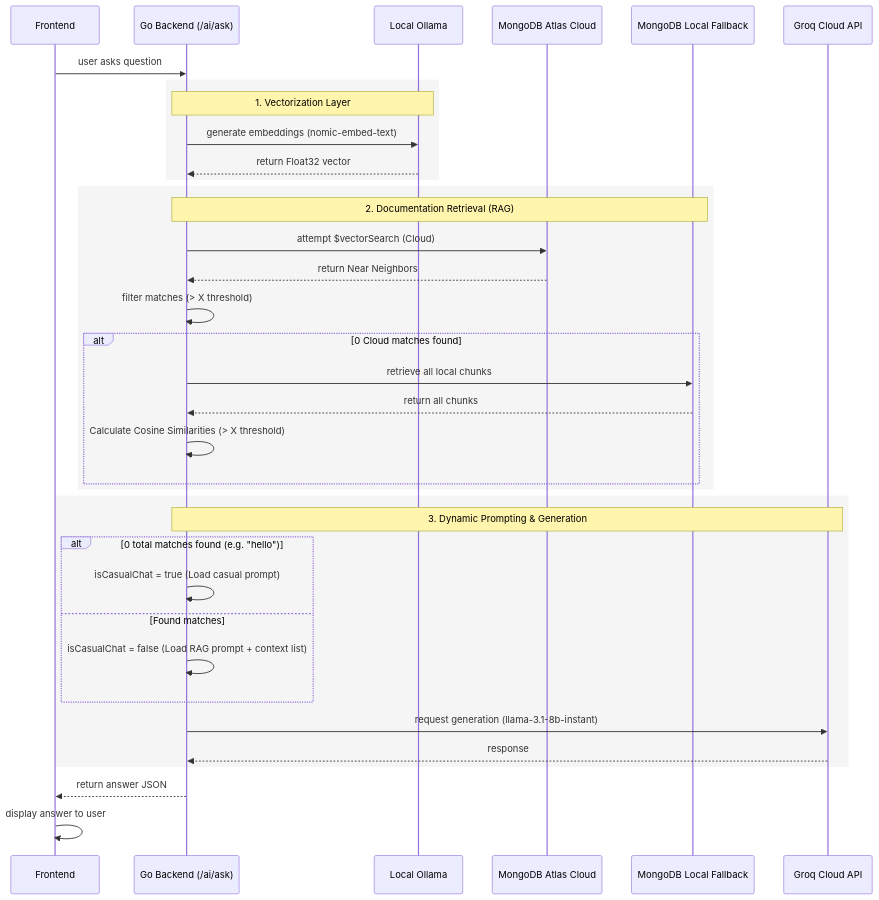
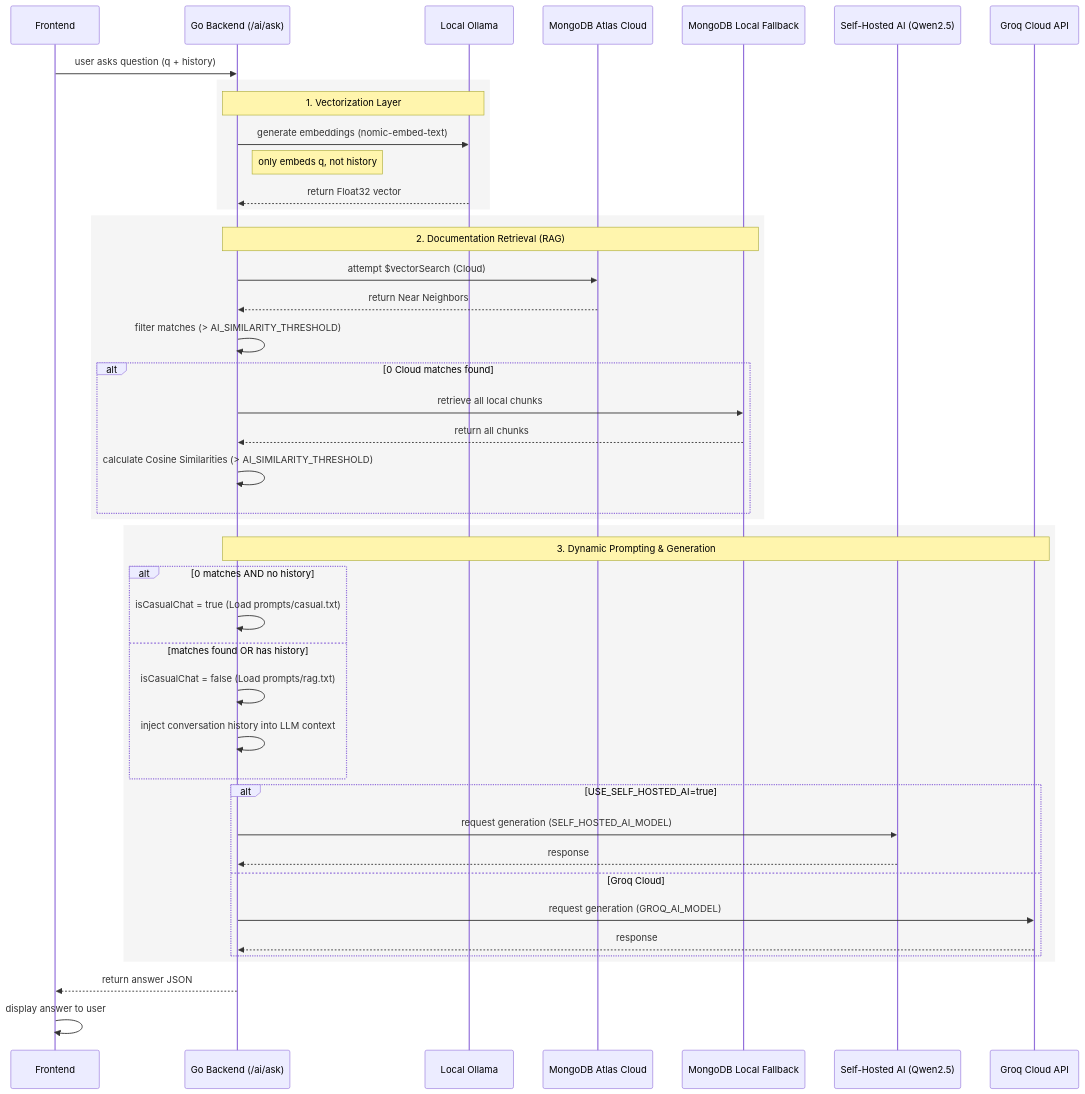
One commit to christinazhangstudio/sealift changed the diagram in README.md. Above: the diagram before and after it, drawn with Mermaid. The commit also changed other lines of this file, not shown here.

Commit message:
reflect self_hosted model in docs

````diff
--- a/README.md
+++ b/README.md
@@ -85,46 +101,54 @@
 ```mermaid
 sequenceDiagram
     participant Frontend as Frontend
     participant Backend as Go Backend (/ai/ask)
     participant Ollama as Local Ollama
     participant Atlas as MongoDB Atlas Cloud
     participant LocalDB as MongoDB Local Fallback
+    participant SelfHosted as Self-Hosted AI (Qwen2.5)
     participant Groq as Groq Cloud API
 
-    Frontend->>Backend: user asks question
+    Frontend->>Backend: user asks question (q + history)
     
     rect rgba(128,128,128,0.08)
         Note over Backend,Ollama: 1. Vectorization Layer
         Backend->>Ollama: generate embeddings (nomic-embed-text)
+        Note right of Backend: only embeds q, not history
         Ollama-->>Backend: return Float32 vector
     end
 
     rect rgba(128,128,128,0.08)
         Note over Backend,LocalDB: 2. Documentation Retrieval (RAG)
         Backend->>Atlas: attempt $vectorSearch (Cloud)
         Atlas-->>Backend: return Near Neighbors
-        Backend->>Backend: filter matches (> X threshold)
+        Backend->>Backend: filter matches (> AI_SIMILARITY_THRESHOLD)
         
         alt 0 Cloud matches found
             Backend->>LocalDB: retrieve all local chunks
             LocalDB-->>Backend: return all chunks
-            Backend->>Backend: Calculate Cosine Similarities (> X threshold)
+            Backend->>Backend: calculate Cosine Similarities (> AI_SIMILARITY_THRESHOLD)
         end
     end
 
     rect rgba(128,128,128,0.08)
         Note over Backend,Groq: 3. Dynamic Prompting & Generation
         
-        alt 0 total matches found (e.g. "hello")
-            Backend->>Backend: isCasualChat = true (Load casual prompt)
-        else Found matches
-            Backend->>Backend: isCasualChat = false (Load RAG prompt + context list)
+        alt 0 matches AND no history
+            Backend->>Backend: isCasualChat = true (Load prompts/casual.txt)
+        else matches found OR has history
+            Backend->>Backend: isCasualChat = false (Load prompts/rag.txt)
+            Backend->>Backend: inject conversation history into LLM context
         end
 
-        Backend->>Groq: request generation (llama-3.1-8b-instant)
-        Groq-->>Backend: response
+        alt USE_SELF_HOSTED_AI=true
+            Backend->>SelfHosted: request generation (SELF_HOSTED_AI_MODEL)
+            SelfHosted-->>Backend: response
+        else Groq Cloud
+            Backend->>Groq: request generation (GROQ_AI_MODEL)
+            Groq-->>Backend: response
+        end
     end
 
     Backend-->>Frontend: return answer JSON
     Frontend->>Frontend: display answer to user
 ```
````
